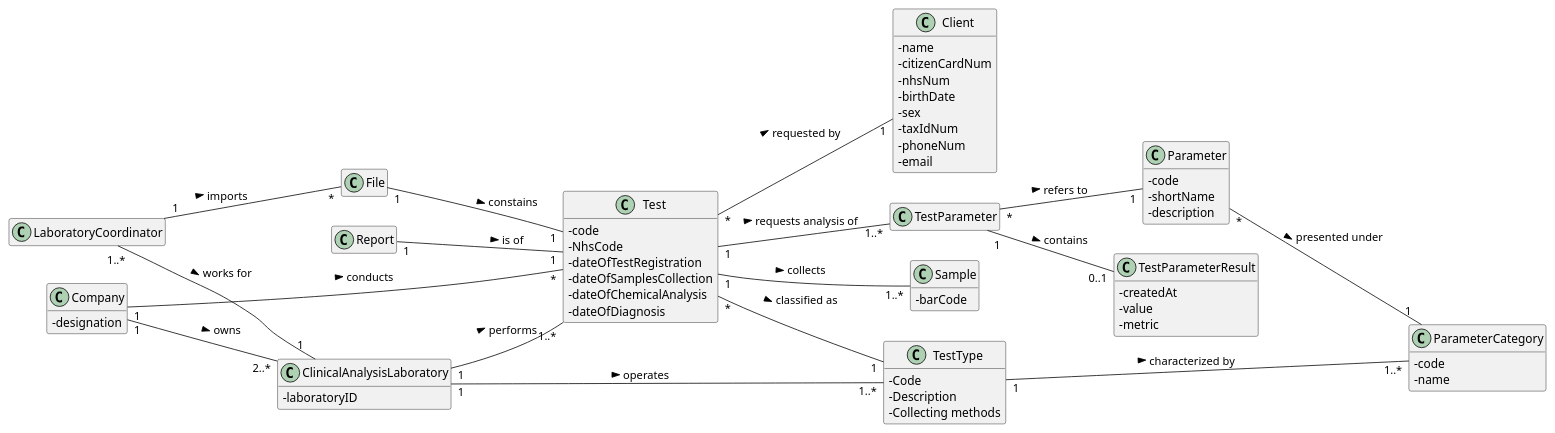
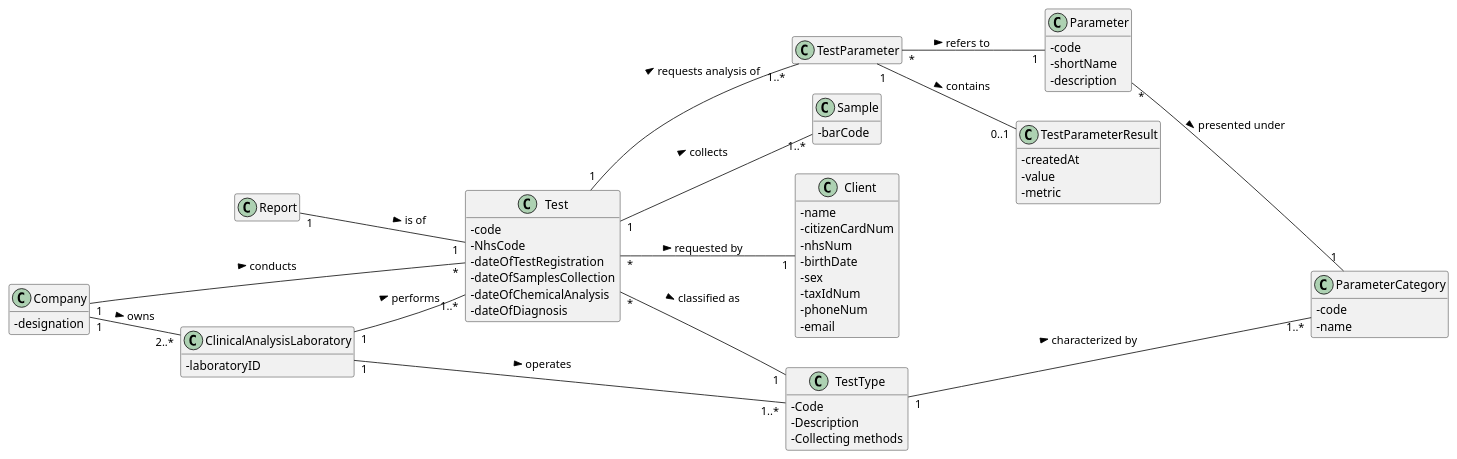
One commit to ana-albergaria/LAPR2-ISEP changed the diagram in docs/SprintD/US_17/US17_DM.puml. Above: the diagram before and after it, drawn with PlantUML. The commit also changed 5 other files, not shown here.

```diff
--- a/docs/SprintD/US_17/US17_DM.puml
+++ b/docs/SprintD/US_17/US17_DM.puml
@@ -1,81 +1,78 @@
 @startuml
 
 left to right direction
 skinparam classAttributeIconSize 0
 hide empty methods
 hide empty attributes
 /'skinparam linetype ortho'/
 
 class Test{
 - code
 - NhsCode
 - dateOfTestRegistration
 - dateOfSamplesCollection
 - dateOfChemicalAnalysis
 - dateOfDiagnosis
 }
 
 class Company {
 -designation
 }
 
 class ParameterCategory{
   -code
   -name
 }
-class LaboratoryCoordinator{}
-class File
+
+
 class Sample{
 - barCode
 }
 
 class Client{
 - name
 - citizenCardNum
 - nhsNum
 - birthDate
 - sex
 - taxIdNum
 - phoneNum
 - email
 }
 class TestParameter{}
 class TestParameterResult{
 - createdAt
 - value
 - metric
 }
 class TestType{
 - Code
 - Description
 - Collecting methods
 }
 
 class Parameter{
 - code
 - shortName
 - description
 }
 
 class ClinicalAnalysisLaboratory{
 - laboratoryID
 }
 
 Test "*" -- "1" TestType : classified as >
 Report "1" -- "1" Test : is of >
 Test "*" -- "1" Client : requested by >
 Parameter "*" -- "1" ParameterCategory: presented under >
 TestType "1" -- "1..*" ParameterCategory : characterized by >
 Test "1" -- "1..*" Sample : collects >
 Test "1" -- "1..*" TestParameter : requests analysis of >
 TestParameter "*" -- "1" Parameter : refers to >
 TestParameter "1" -- "0..1" TestParameterResult : contains >
 ClinicalAnalysisLaboratory "1" -- "1..*" TestType : operates >
 ClinicalAnalysisLaboratory "1" -- "1..*" Test : performs >
 Company "1" --- "*" Test : conducts >
 Company "1" -- "2..*" ClinicalAnalysisLaboratory : owns >
-File "1" -- "1" Test : constains >
-LaboratoryCoordinator "1" -- "*" File : imports >
-LaboratoryCoordinator "1..*" -- "1" ClinicalAnalysisLaboratory : works for >
 
 @enduml
```
